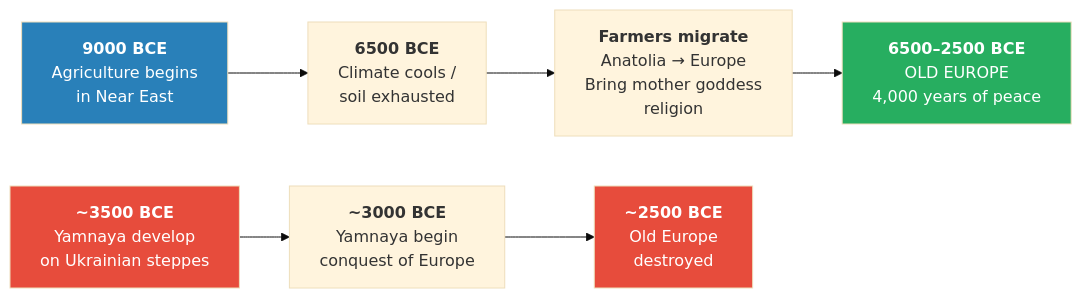
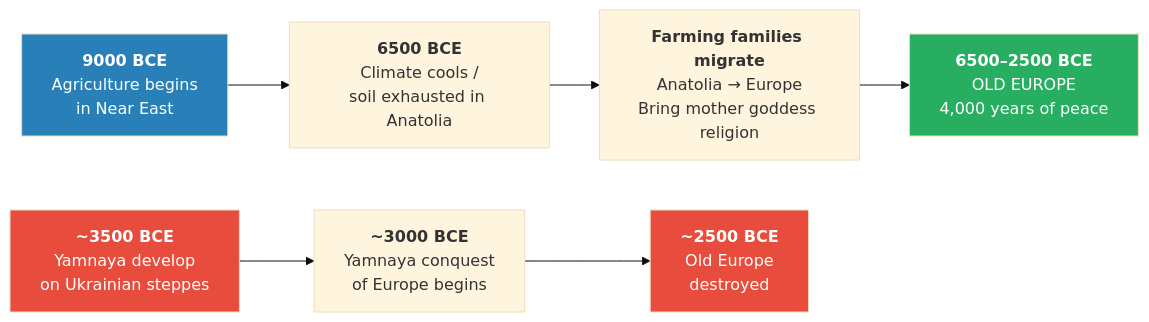
One commit to alius33/reader changed the fourth of 8 diagrams in summaries/Lectures/Civilization/04 - The Paradise Lost of Marija Gimbutas.md. Above: the diagram before and after it, drawn with Mermaid (base theme). The commit also changed other lines of this file and 26 other files, not shown here.

````diff
--- a/summaries/Lectures/Civilization/04 - The Paradise Lost of Marija Gimbutas.md
+++ b/summaries/Lectures/Civilization/04 - The Paradise Lost of Marija Gimbutas.md
@@ -233,12 +198,12 @@
 ```mermaid
 flowchart LR
-    A["<b>9000 BCE</b><br/>Agriculture begins<br/>in Near East"] --> B["<b>6500 BCE</b><br/>Climate cools /<br/>soil exhausted"]
-    B --> C["<b>Farmers migrate</b><br/>Anatolia → Europe<br/>Bring mother goddess<br/>religion"]
+    A["<b>9000 BCE</b><br/>Agriculture begins<br/>in Near East"] --> B["<b>6500 BCE</b><br/>Climate cools /<br/>soil exhausted in Anatolia"]
+    B --> C["<b>Farming families migrate</b><br/>Anatolia → Europe<br/>Bring mother goddess religion"]
     C --> D["<b>6500–2500 BCE</b><br/>OLD EUROPE<br/>4,000 years of peace"]
-    E["<b>~3500 BCE</b><br/>Yamnaya develop<br/>on Ukrainian steppes"] --> F["<b>~3000 BCE</b><br/>Yamnaya begin<br/>conquest of Europe"]
+    E["<b>~3500 BCE</b><br/>Yamnaya develop<br/>on Ukrainian steppes"] --> F["<b>~3000 BCE</b><br/>Yamnaya conquest<br/>of Europe begins"]
     F --> G["<b>~2500 BCE</b><br/>Old Europe<br/>destroyed"]
     style D fill:#27ae60,color:#fff
     style G fill:#e74c3c,color:#fff
     style A fill:#2980b9,color:#fff
     style E fill:#e74c3c,color:#fff
 ```
````
